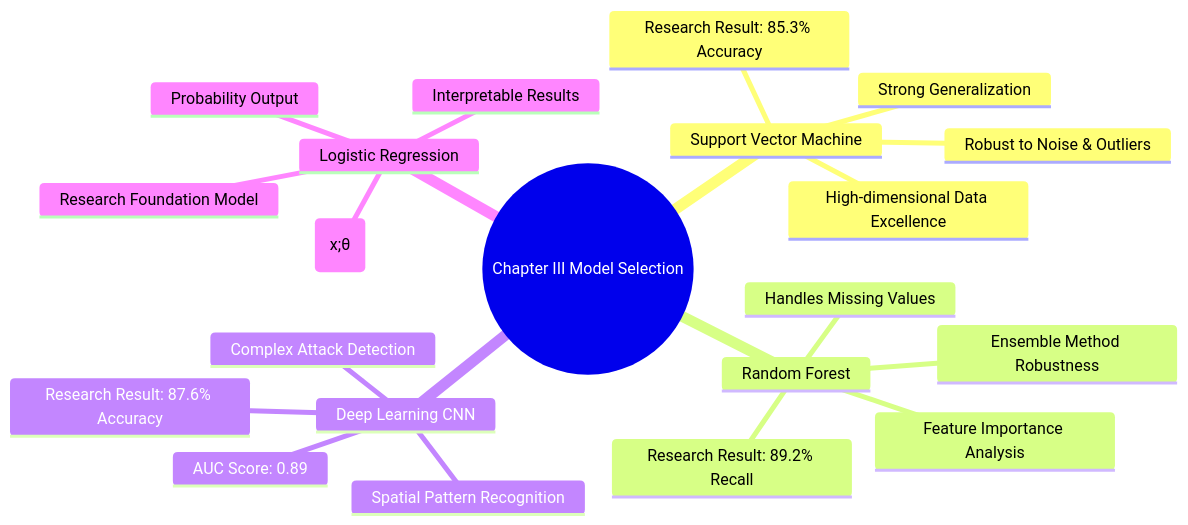
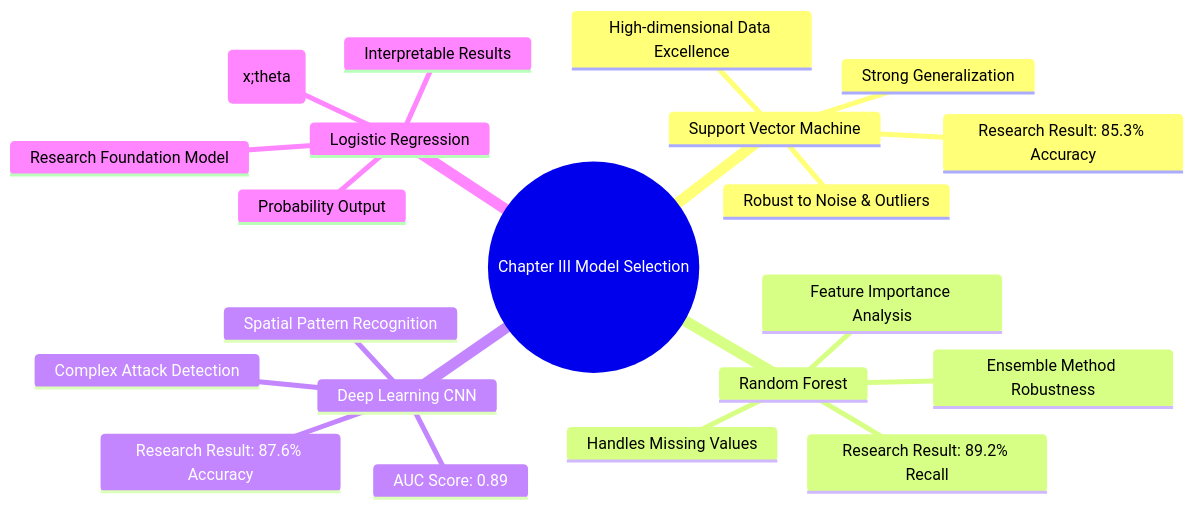
Before and after one commit to nes10r/BigDataProject: the second of 7 diagrams in MODEL_ANALYSIS.md, drawn with Mermaid. The commit also changed other lines of this file and 1 other file, not shown here.

Commit message:
fix: Replace Greek theta symbol with 'theta' in Mermaid diagrams for GitHub compatibility

````diff
--- a/MODEL_ANALYSIS.md
+++ b/MODEL_ANALYSIS.md
@@ -202,24 +202,24 @@
 ```mermaid
 mindmap
   root((Chapter III Model Selection))
     Support Vector Machine
       High-dimensional Data Excellence
       Robust to Noise & Outliers
       Strong Generalization
       Research Result: 85.3% Accuracy
     Random Forest
       Feature Importance Analysis
       Handles Missing Values
       Ensemble Method Robustness
       Research Result: 89.2% Recall
     Deep Learning CNN
       Spatial Pattern Recognition
       Complex Attack Detection
       Research Result: 87.6% Accuracy
       AUC Score: 0.89
     Logistic Regression
-      Core Prediction Equation y=f(x;θ)
+      Core Prediction Equation y=f(x;theta)
       Probability Output
       Interpretable Results
       Research Foundation Model
 ```
````
